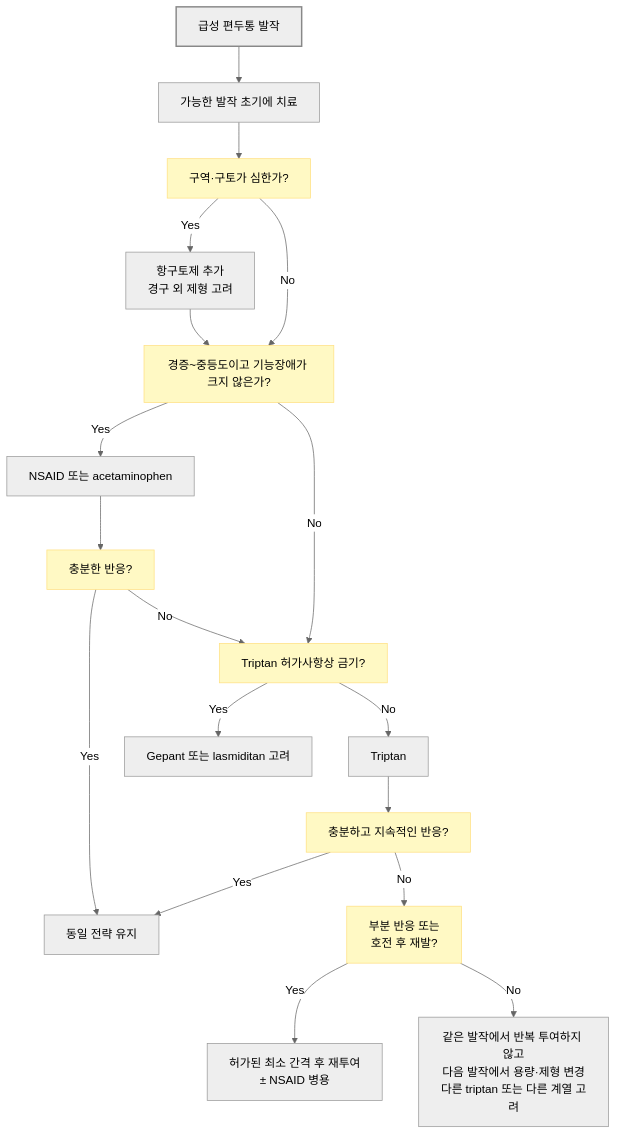
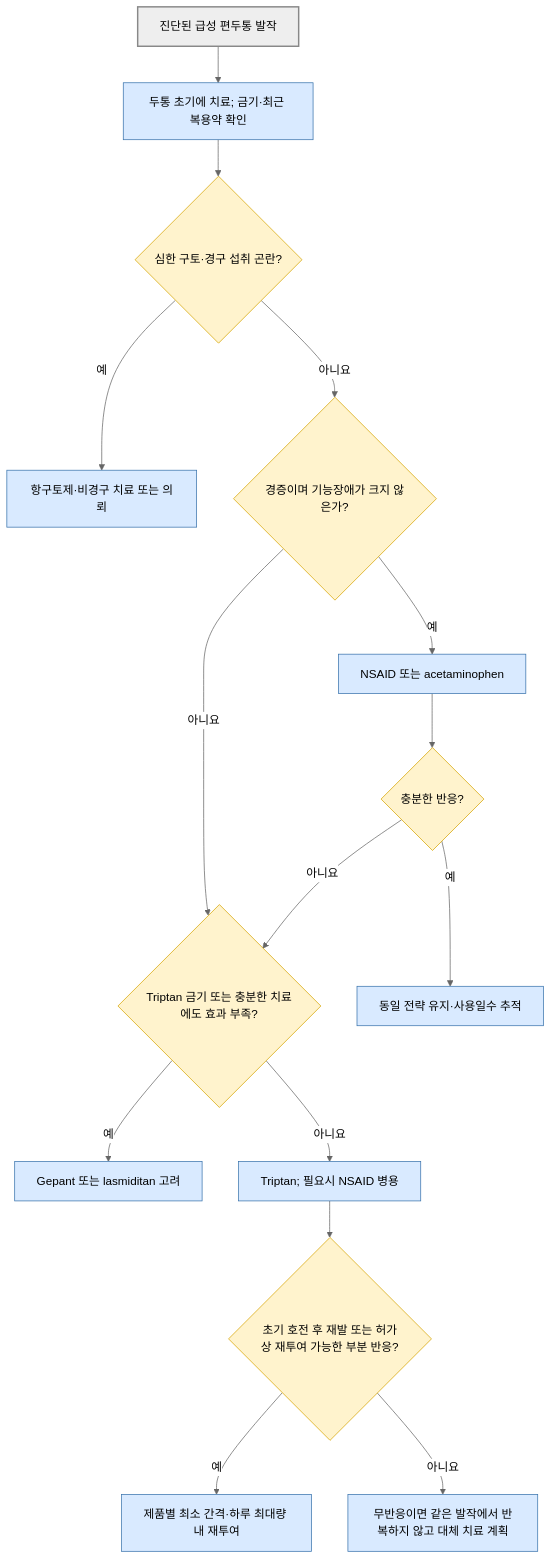
Before and after one commit to familyoh77/familyoh77: the second of 2 diagrams in 221_/016_-migraine.md, drawn with Mermaid (neutral theme). The commit also changed other lines of this file and 4 other files, not shown here.

````diff
--- a/221_/016_-migraine.md
+++ b/221_/016_-migraine.md
@@ -350,24 +339,23 @@
 ```mermaid
 flowchart TD
-    A["급성 편두통 발작"] --> B["가능한 발작 초기에 치료"]
-    B --> C["구역·구토가 심한가?"]
-    C -- "Yes" --> D["항구토제 추가<br/>경구 외 제형 고려"]
-    C -- "No" --> E["경증~중등도이고 기능장애가 크지 않은가?"]
-    D --> E
-    E -- "Yes" --> F["NSAID 또는 acetaminophen"]
-    F --> G["충분한 반응?"]
-    G -- "Yes" --> H["동일 전략 유지"]
-    G -- "No" --> I["Triptan 허가사항상 금기?"]
-    E -- "No" --> I
-    I -- "Yes" --> J["Gepant 또는 lasmiditan 고려"]
-    I -- "No" --> K["Triptan"]
-    K --> L0["충분하고 지속적인 반응?"]
-    L0 -- "Yes" --> H
-    L0 -- "No" --> L["부분 반응 또는<br/>호전 후 재발?"]
-    L -- "Yes" --> M["허가된 최소 간격 후 재투여<br/>± NSAID 병용"]
-    L -- "No" --> N["같은 발작에서 반복 투여하지 않고<br/>다음 발작에서 용량·제형 변경<br/>다른 triptan 또는 다른 계열 고려"]
-    classDef question fill:#fff9c4,stroke:#ffe082
-    classDef startNode fill:#eeeeee,stroke:#888888,stroke-width:2px
-    class A startNode
-    class C,E,G,I,L,L0 question
+    A["진단된 급성 편두통 발작"] --> B["두통 초기에 치료; 금기·최근 복용약 확인"]
+    B --> C{"심한 구토·경구 섭취 곤란?"}
+    C -- "예" --> D["항구토제·비경구 치료 또는 의뢰"]
+    C -- "아니요" --> E{"경증이며 기능장애가 크지 않은가?"}
+    E -- "예" --> F["NSAID 또는 acetaminophen"]
+    E -- "아니요" --> G{"Triptan 금기 또는 충분한 치료에도 효과 부족?"}
+    F --> H{"충분한 반응?"}
+    H -- "예" --> I["동일 전략 유지·사용일수 추적"]
+    H -- "아니요" --> G
+    G -- "예" --> J["Gepant 또는 lasmiditan 고려"]
+    G -- "아니요" --> K["Triptan; 필요시 NSAID 병용"]
+    K --> L{"초기 호전 후 재발 또는 허가상 재투여 가능한 부분 반응?"}
+    L -- "예" --> M["제품별 최소 간격·하루 최대량 내 재투여"]
+    L -- "아니요" --> N["무반응이면 같은 발작에서 반복하지 않고 대체 치료 계획"]
+    classDef start fill:#eee,stroke:#888,stroke-width:2px;
+    classDef decision fill:#fff3cd,stroke:#d6a400;
+    classDef care fill:#d9eaff,stroke:#3973ac;
+    class A start;
+    class C,E,G,H,L decision;
+    class B,D,F,I,J,K,M,N care;
 ```
````
